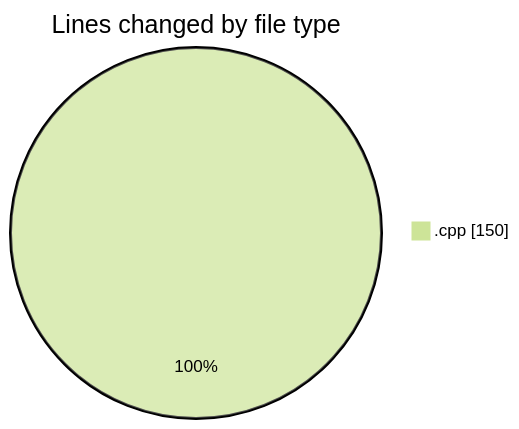
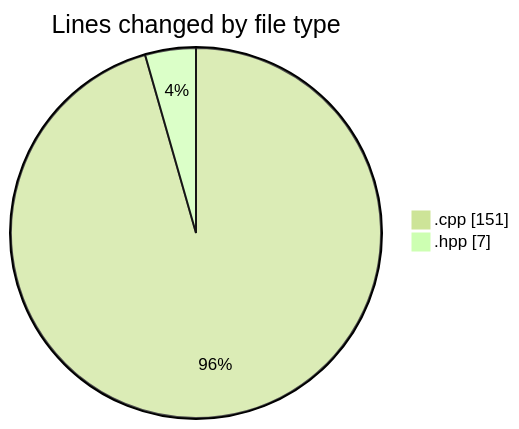
One commit to Netris89/code-tracking changed the first of 2 diagrams in 2025-04-06/echo/README.md. Above: the diagram before and after it, drawn with Mermaid (forest theme). The commit also changed other lines of this file and 1 other file, not shown here.

````diff
--- a/2025-04-06/echo/README.md
+++ b/2025-04-06/echo/README.md
@@ -20,5 +22,6 @@
 ```mermaid
 pie showData
 title Lines changed by file type
-".cpp" : 150
+".cpp" : 151
+".hpp" : 7
 ```
````
